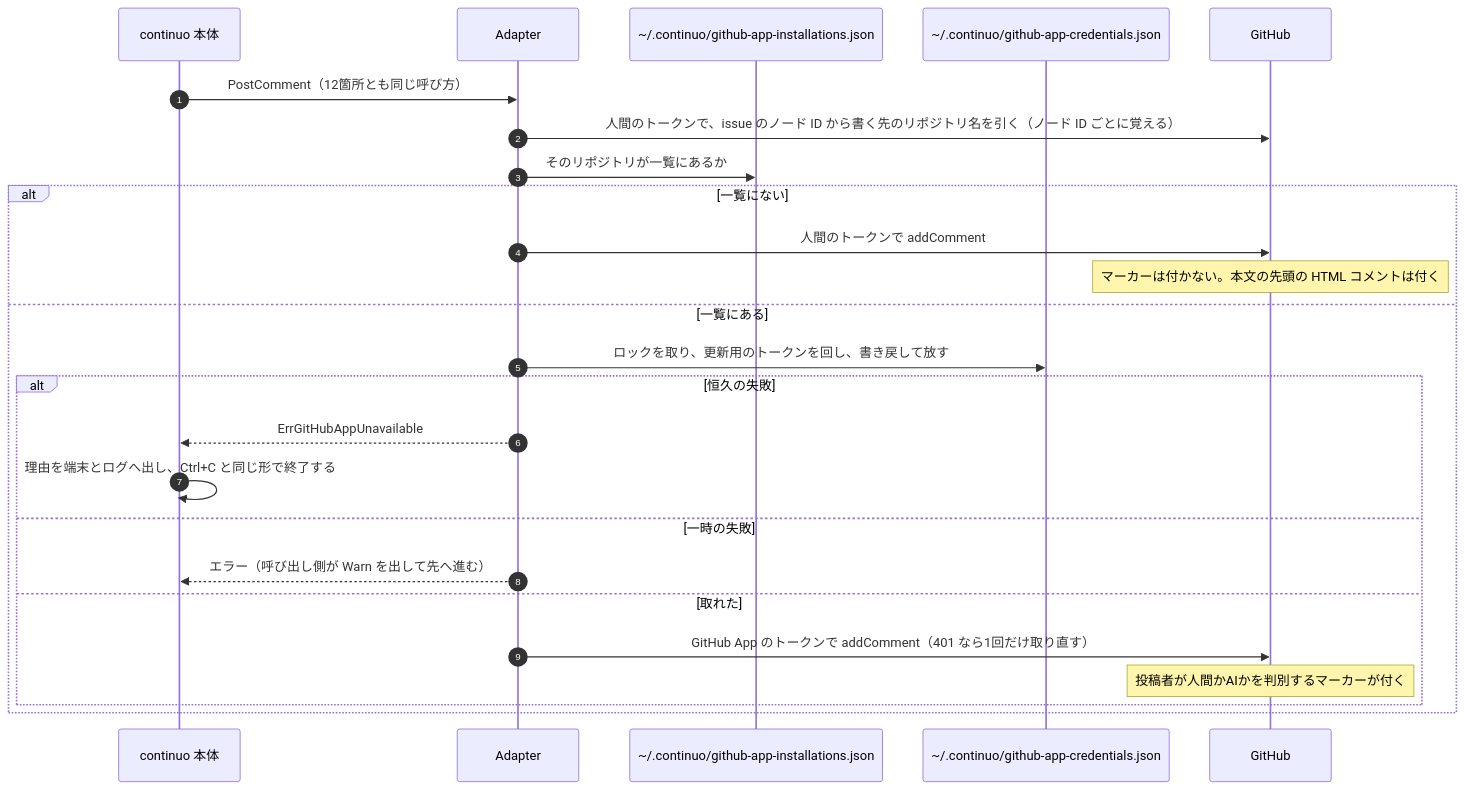
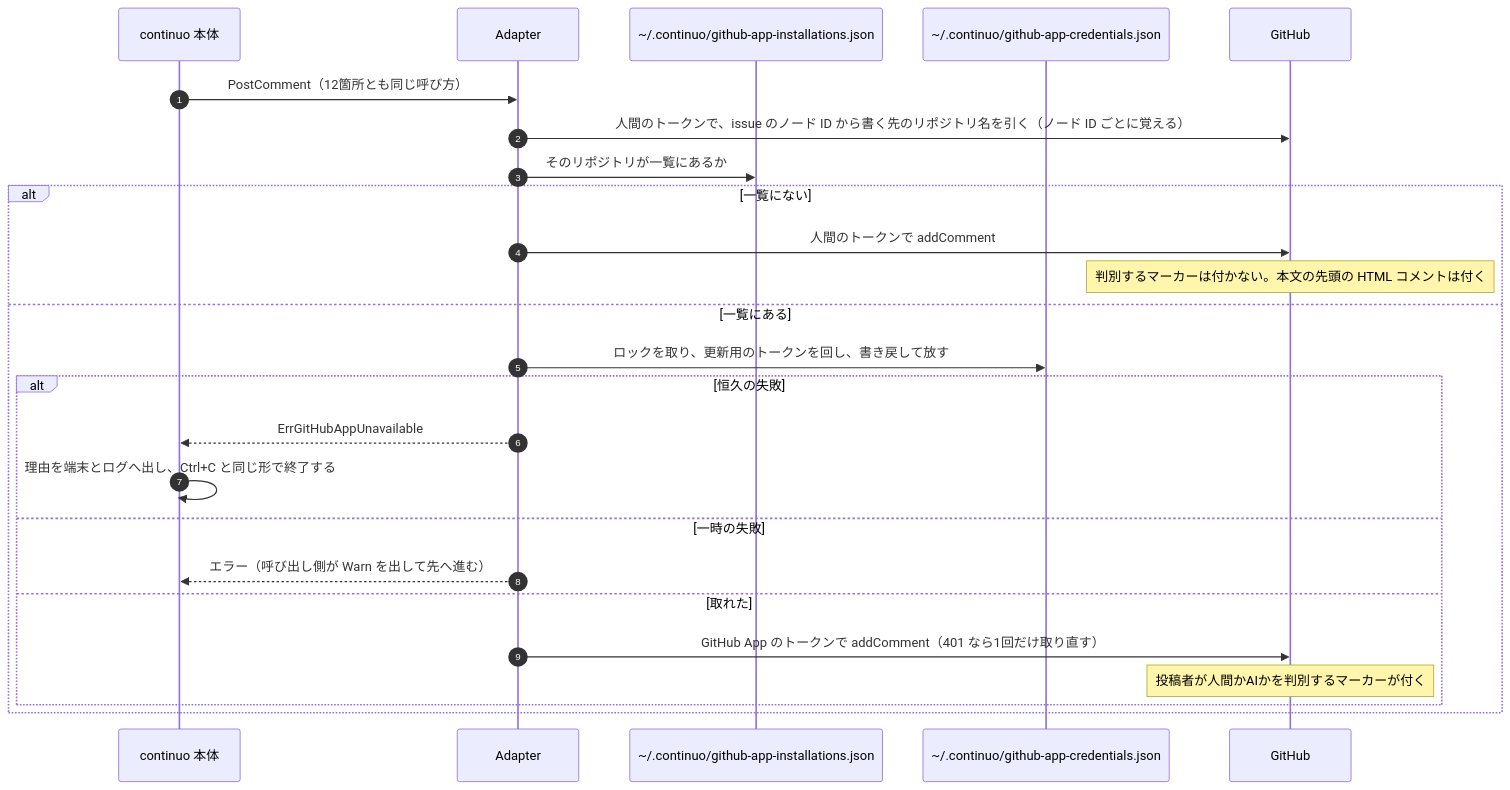
One commit to maimuzo/continuo changed the tenth of 12 diagrams in docs/plans/impl/issue245_github_app_issue_writes.md. Above: the diagram before and after it, drawn with Mermaid. The commit also changed other lines of this file, not shown here.

````diff
--- a/docs/plans/impl/issue245_github_app_issue_writes.md
+++ b/docs/plans/impl/issue245_github_app_issue_writes.md
@@ -994,27 +996,27 @@
 ```mermaid
 sequenceDiagram
     autonumber
     participant C as continuo 本体
     participant A as Adapter
     participant L as ~/.continuo/github-app-installations.json
     participant F as ~/.continuo/github-app-credentials.json
     participant GH as GitHub
     C->>A: PostComment（12箇所とも同じ呼び方）
     A->>GH: 人間のトークンで、issue のノード ID から書く先のリポジトリ名を引く（ノード ID ごとに覚える）
     A->>L: そのリポジトリが一覧にあるか
     alt 一覧にない
         A->>GH: 人間のトークンで addComment
-        Note over GH: マーカーは付かない。本文の先頭の HTML コメントは付く
+        Note over GH: 判別するマーカーは付かない。本文の先頭の HTML コメントは付く
     else 一覧にある
         A->>F: ロックを取り、更新用のトークンを回し、書き戻して放す
         alt 恒久の失敗
             A-->>C: ErrGitHubAppUnavailable
             C->>C: 理由を端末とログへ出し、Ctrl+C と同じ形で終了する
         else 一時の失敗
             A-->>C: エラー（呼び出し側が Warn を出して先へ進む）
         else 取れた
             A->>GH: GitHub App のトークンで addComment（401 なら1回だけ取り直す）
             Note over GH: 投稿者が人間かAIかを判別するマーカーが付く
         end
     end
 ```
````
